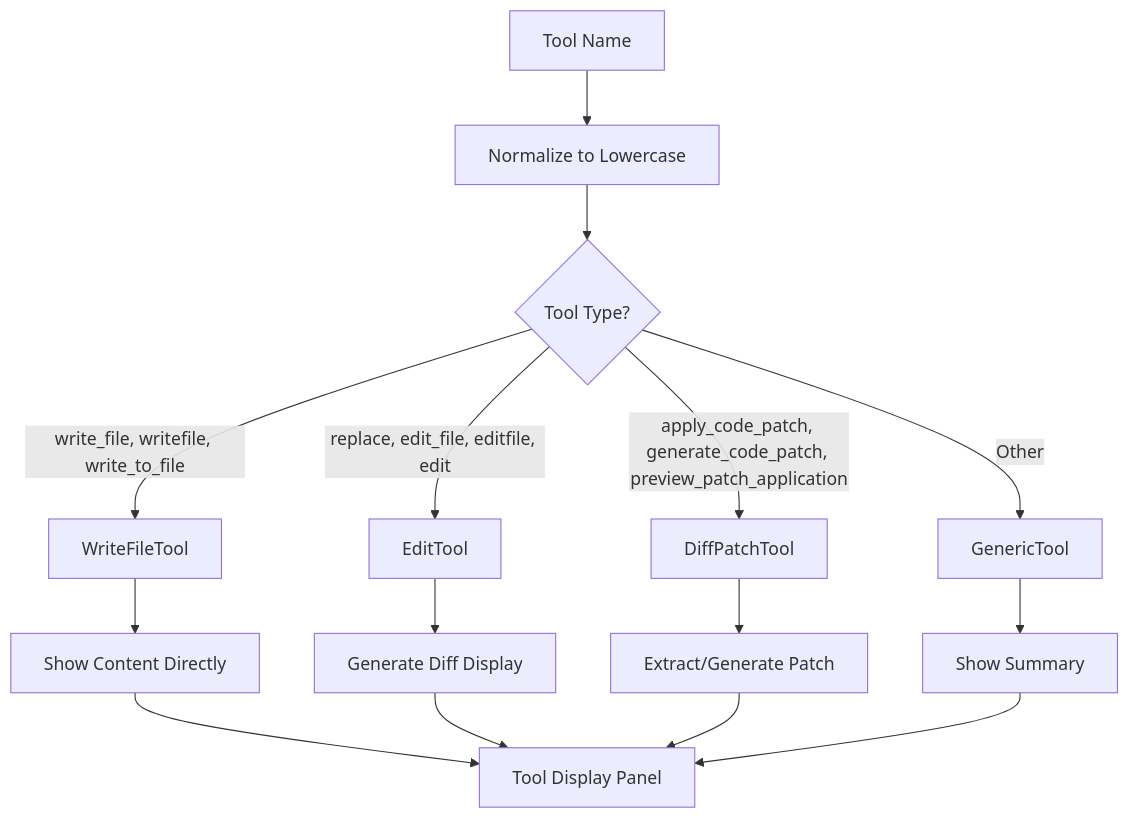
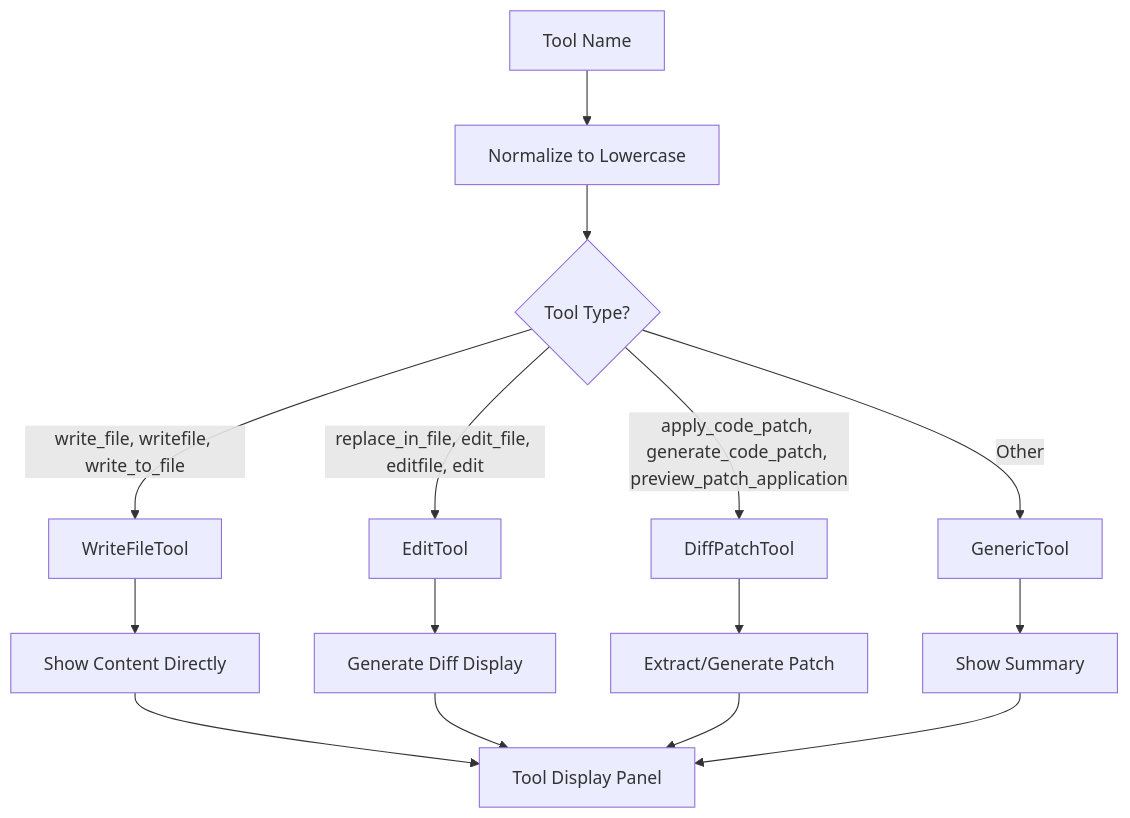
One commit to peakflames/mogzi changed diagram 11 of 11 in docs/process/04_07_tool_execution_flow_design.md. Above: the diagram before and after it, drawn with Mermaid. The commit also changed 17 other files, not shown here.

First line of the commit message:
Rename replace tool to replace_in_file and update documentation

````diff
--- a/docs/process/04_07_tool_execution_flow_design.md
+++ b/docs/process/04_07_tool_execution_flow_design.md
@@ -343,20 +343,20 @@
 ```mermaid
 graph TD
     A[Tool Name] --> B[Normalize to Lowercase]
     B --> C{Tool Type?}
     
     C -->|write_file, writefile, write_to_file| D[WriteFileTool]
-    C -->|replace, edit_file, editfile, edit| E[EditTool]
+    C -->|replace_in_file, edit_file, editfile, edit| E[EditTool]
     C -->|apply_code_patch, generate_code_patch, preview_patch_application| F[DiffPatchTool]
     C -->|Other| G[GenericTool]
     
     D --> H[Show Content Directly]
     E --> I[Generate Diff Display]
     F --> J[Extract/Generate Patch]
     G --> K[Show Summary]
     
     H --> L[Tool Display Panel]
     I --> L
     J --> L
     K --> L
 ```
````
